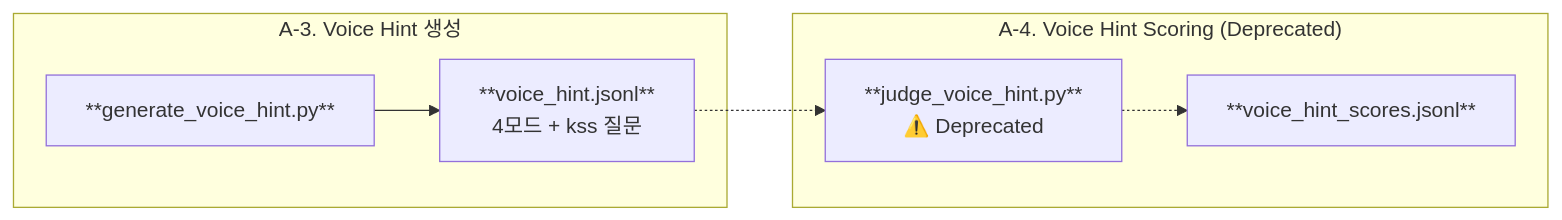
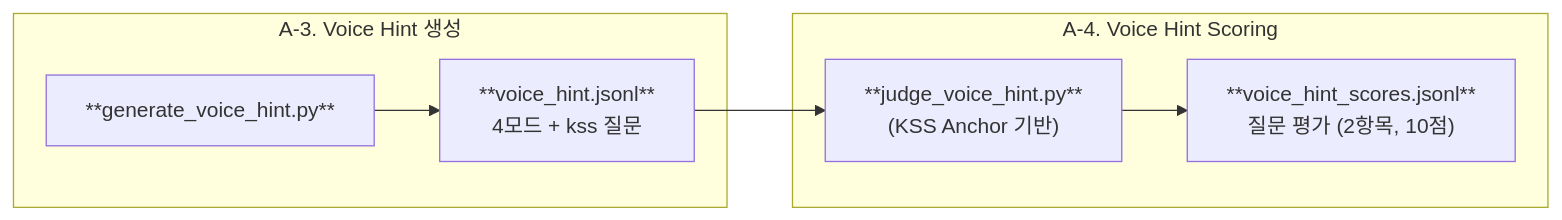
One commit to obeychoi0120/LLMJudge changed the second of 3 diagrams in README.md. Above: the diagram before and after it, drawn with Mermaid. The commit also changed other lines of this file and 2 other files, not shown here.

````diff
--- a/README.md
+++ b/README.md
@@ -116,16 +116,16 @@
 ```mermaid
 flowchart LR
     subgraph STEP3["A-3. Voice Hint 생성"]
         VH_SCRIPT["**generate_voice_hint.py**"]
         VH_OUT["**voice_hint.jsonl**<br/>4모드 + kss 질문"]
     end
 
-    subgraph STEP4["A-4. Voice Hint Scoring (Deprecated)"]
-        QJ_SCRIPT["**judge_voice_hint.py**<br/>⚠️ Deprecated"]
-        QJ_SCORES["**voice_hint_scores.jsonl**"]
+    subgraph STEP4["A-4. Voice Hint Scoring"]
+        QJ_SCRIPT["**judge_voice_hint.py**<br/>(KSS Anchor 기반)"]
+        QJ_SCORES["**voice_hint_scores.jsonl**<br/>질문 평가 (2항목, 10점)"]
     end
 
     VH_SCRIPT --> VH_OUT
-    VH_OUT -.-> QJ_SCRIPT
-    QJ_SCRIPT -.-> QJ_SCORES
+    VH_OUT --> QJ_SCRIPT
+    QJ_SCRIPT --> QJ_SCORES
 ```
````
